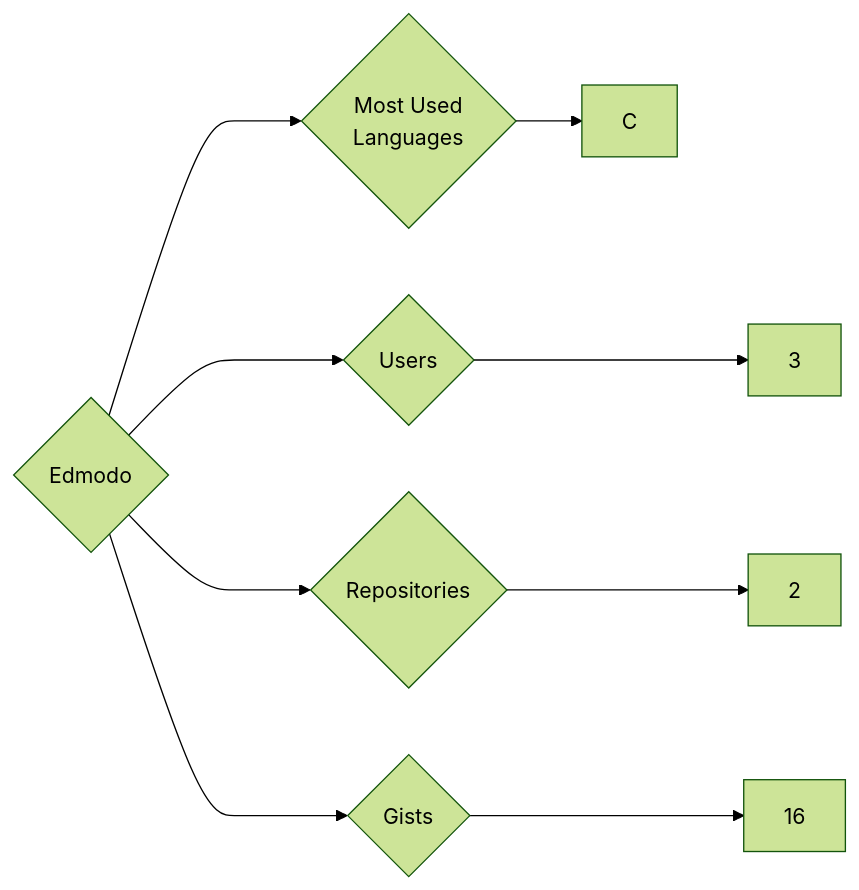
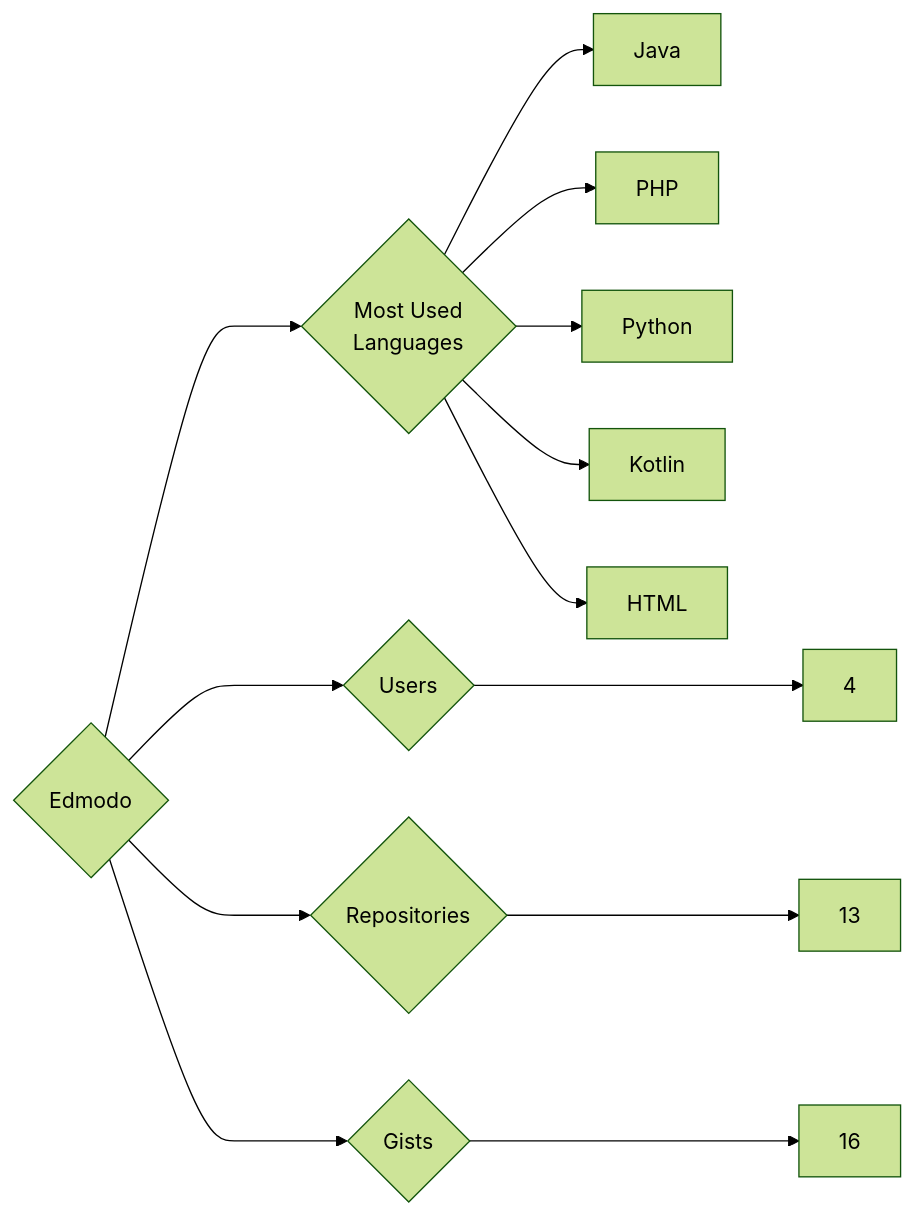
One commit to trickest/insiders changed the diagram in targets/Edmodo/README.md. Above: the diagram before and after it, drawn with Mermaid (forest theme). The commit also changed 1020 other files, not shown here.

````diff
--- a/targets/Edmodo/README.md
+++ b/targets/Edmodo/README.md
@@ -3,9 +3,13 @@
 ```mermaid
 graph LR
 COMPANY_NAME{Edmodo}
-COMPANY_NAME ---> U{Users} ---> UN[3]
-COMPANY_NAME ---> R{Repositories} ---> RN[2]
+COMPANY_NAME ---> U{Users} ---> UN[4]
+COMPANY_NAME ---> R{Repositories} ---> RN[13]
 COMPANY_NAME ---> G{Gists} ---> GN[16]
 COMPANY_NAME ---> ML{Most Used<br>Languages}
-ML --> C[C]
+ML --> Java[Java]
+ML --> PHP[PHP]
+ML --> Python[Python]
+ML --> Kotlin[Kotlin]
+ML --> HTML[HTML]
 ```
````
